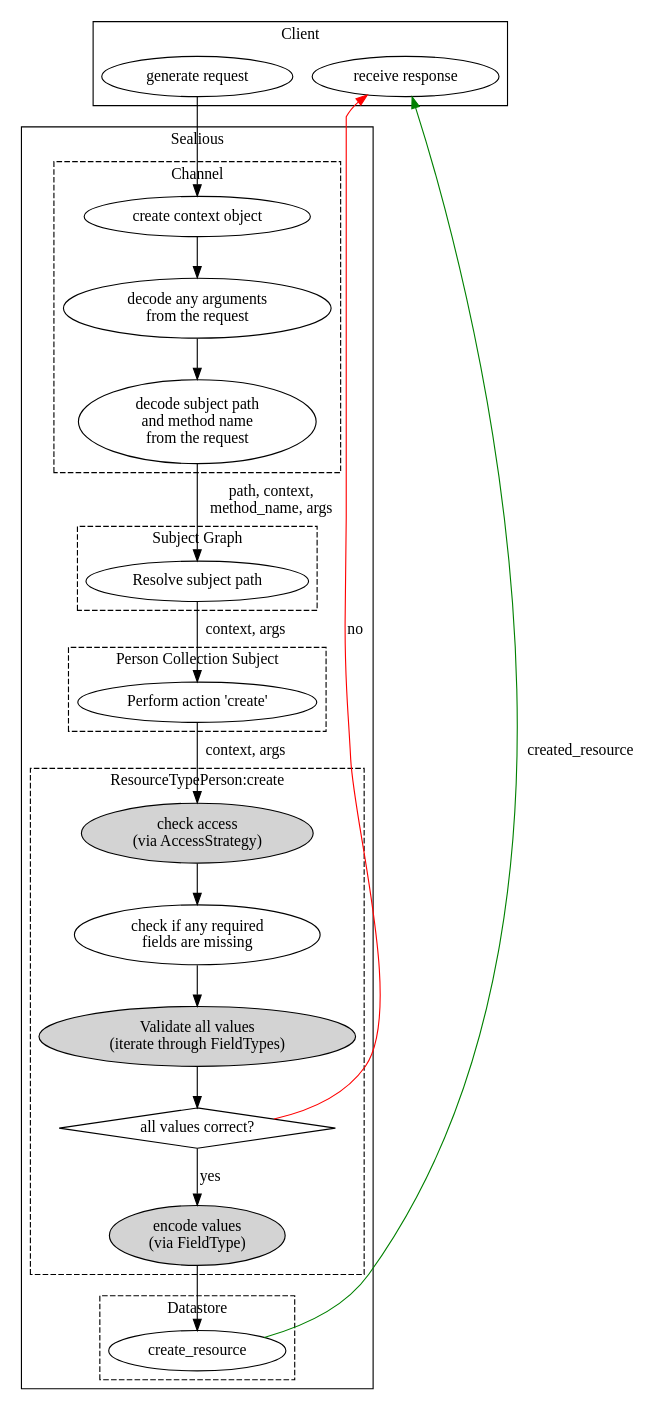
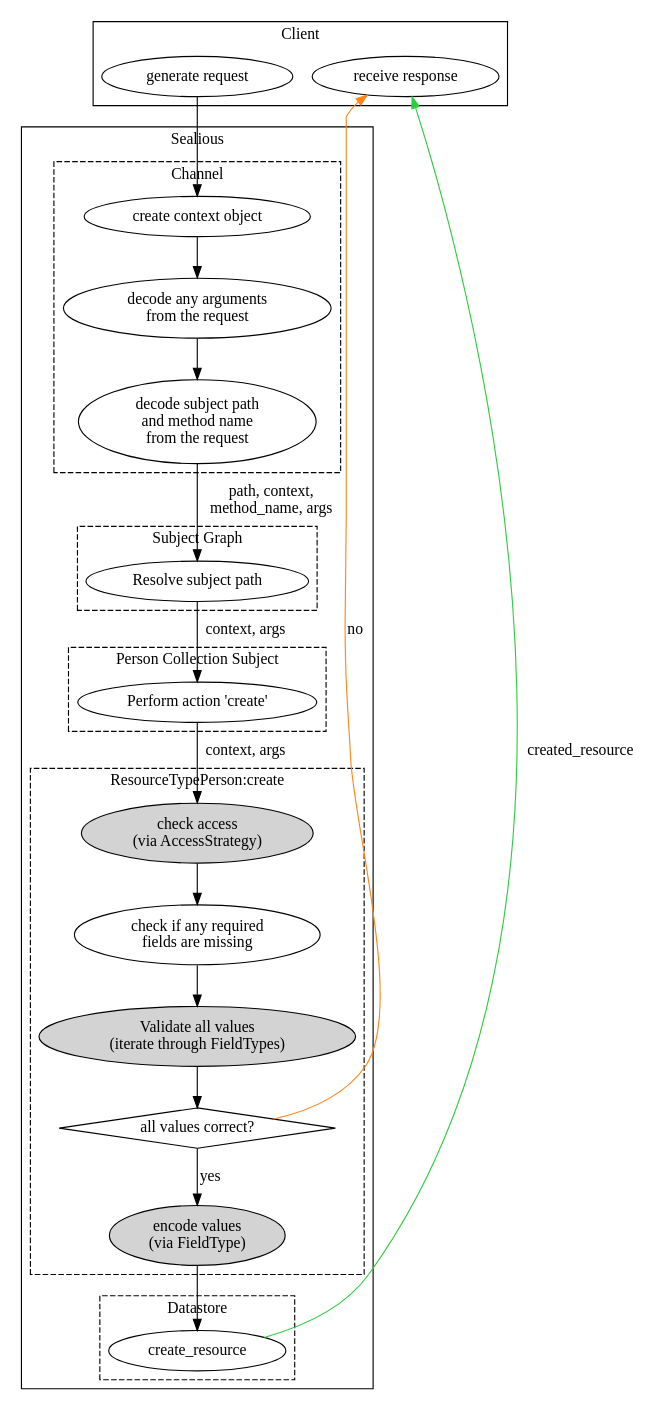
The second of 2 diagrams in 0-intro.md (sealcode/sealious-user-reference), drawn with Graphviz before and after one commit. The commit also changed 4 other files, not shown here.

Commit message:
Correct a typo and adjust the edge colors in the graphs

````diff
--- a/0-intro.md
+++ b/0-intro.md
@@ -165,70 +165,70 @@
 ```graphviz
 digraph lifespan{
 
 	graph [fontname = "Neris"];
 	node [fontname = "Neris"];
 	edge [fontname = "Neris"];
 
 	subgraph clusterClient {
 		label="Client";
 		receive_result [label="receive response"];
 		generate_request [label="generate request", root=true];
 	}
 
 	subgraph clusterSealious{
 		label="Sealious";
 		
 		subgraph clusterChannel {
 			style="dashed";
 			label="Channel";
 			generate_context [label="create context object"];
 			generate_path [label="decode subject path\nand method name\nfrom the request"];
 			get_arguments [label="decode any arguments\nfrom the request"];
 		}
 
 		subgraph clusterSubject {
 			style="dashed";
 			label="Subject Graph";
 			resolve_subject [label="Resolve subject path"];
 		}
 
 		subgraph clusterResourceCollection {
 			style="dashed";
 			label="Person Collection Subject";
 			perform_action [label="Perform action 'create'"];
 		}
 
 		subgraph clusterResourceTypeCreate {
 			style="dashed";
 			label="ResourceTypePerson:create";
 			validate_values [label="Validate all values\n(iterate through FieldTypes)", style=filled];
 			check_access [label="check access\n(via AccessStrategy)", style=filled];
 			check_missing [label="check if any required\nfields are missing"];
 			encode_values [label="encode values\n(via FieldType)", style=filled];
 			is_valid [label="all values correct?", shape="diamond"];
 		}
 
 		subgraph clusterDatastore {
 			style="dashed";
 			label="Datastore";
 			create_resource;
 		}
 	}
 
 	generate_request -> generate_context -> get_arguments;
 	get_arguments -> generate_path;
 	generate_path -> resolve_subject [label="path, context,\nmethod_name, args"];
 	resolve_subject -> perform_action [label="context, args"];
 	perform_action -> check_access [label="context, args"];
 	check_access ->  check_missing;
 	check_missing -> validate_values;
 	validate_values  -> is_valid;
 	is_valid -> encode_values [label="yes"];
 	encode_values -> create_resource;
-	is_valid -> receive_result [label="no", constraint=false, weight=100, color="red"];
-	create_resource -> receive_result [constraint=false, weight=100, color="green", label="created_resource"];
+	is_valid -> receive_result [label="no", constraint=false, weight=100, color="#FF851B"];
+	create_resource -> receive_result [constraint=false, weight=100, color="#2ECC40", label="created_resource"];
 
 	
 }
 
 ```
````
